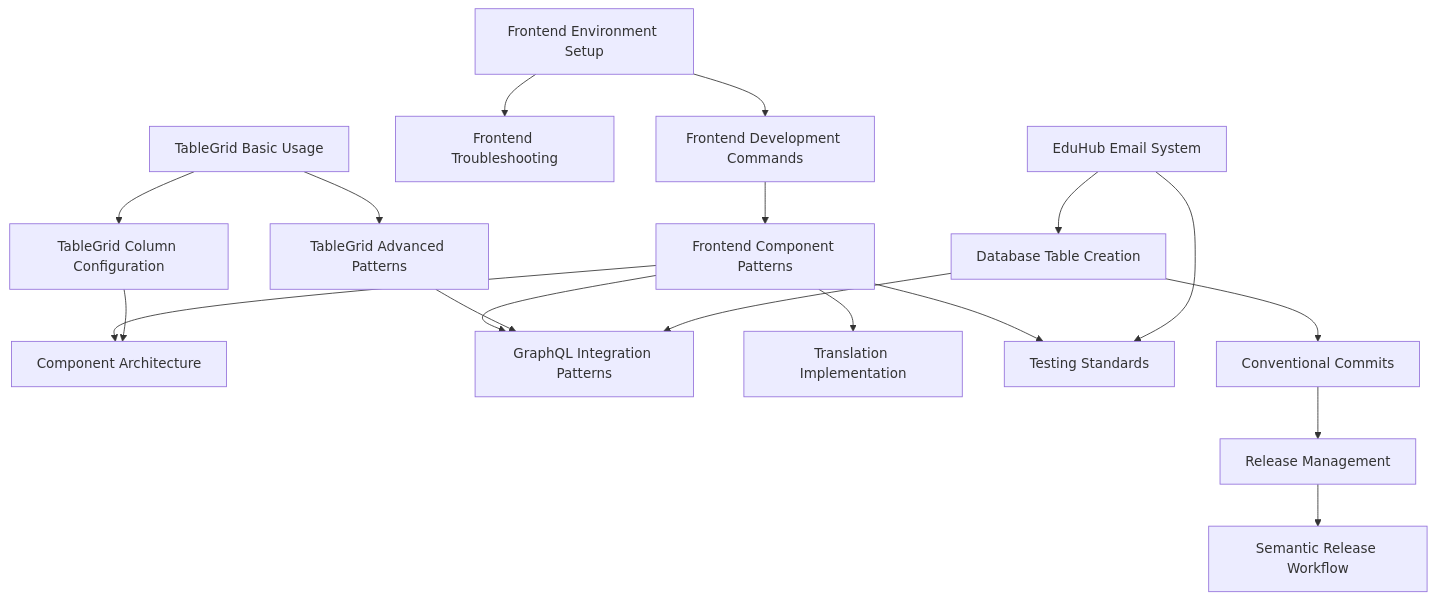
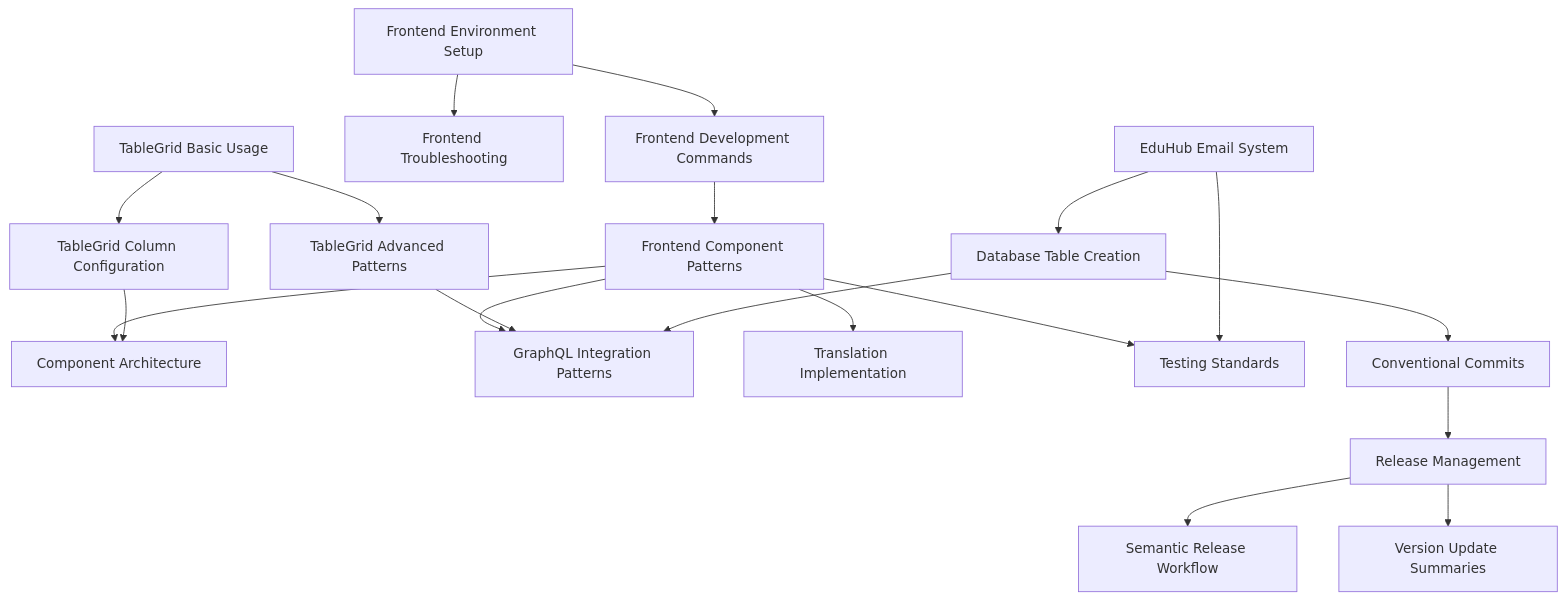
The diagram in .cursor/rules/README.md (eduhub-org/eduhub), drawn with Mermaid before and after one commit. The commit also changed other lines of this file and 2 other files, not shown here.

First line of the commit message:
docs: add version update summaries rule for non-technical release announcements

````diff
--- a/.cursor/rules/README.md
+++ b/.cursor/rules/README.md
@@ -109,23 +111,24 @@
 ```mermaid
 graph TD
     A[Frontend Environment Setup] --> B[Frontend Development Commands]
     A --> C[Frontend Troubleshooting]
     B --> D[Frontend Component Patterns]
     D --> E[Component Architecture]
     D --> F[GraphQL Integration Patterns]
     D --> G[Translation Implementation]
     D --> H[Testing Standards]
     
     I[TableGrid Basic Usage] --> J[TableGrid Advanced Patterns]
     I --> K[TableGrid Column Configuration]
     J --> F
     K --> E
     
     L[Database Table Creation] --> F
     L --> M[Conventional Commits]
     M --> N[Release Management]
     N --> O[Semantic Release Workflow]
+    N --> Q[Version Update Summaries]
     
     P[EduHub Email System] --> H
     P --> L
 ```
````
